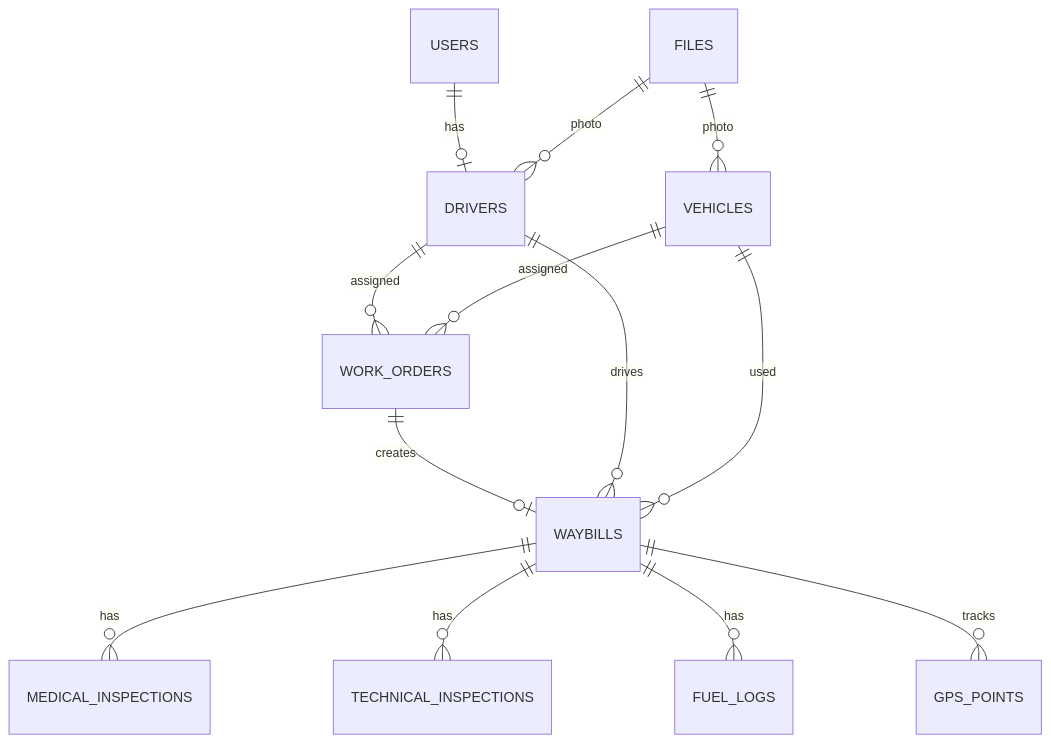
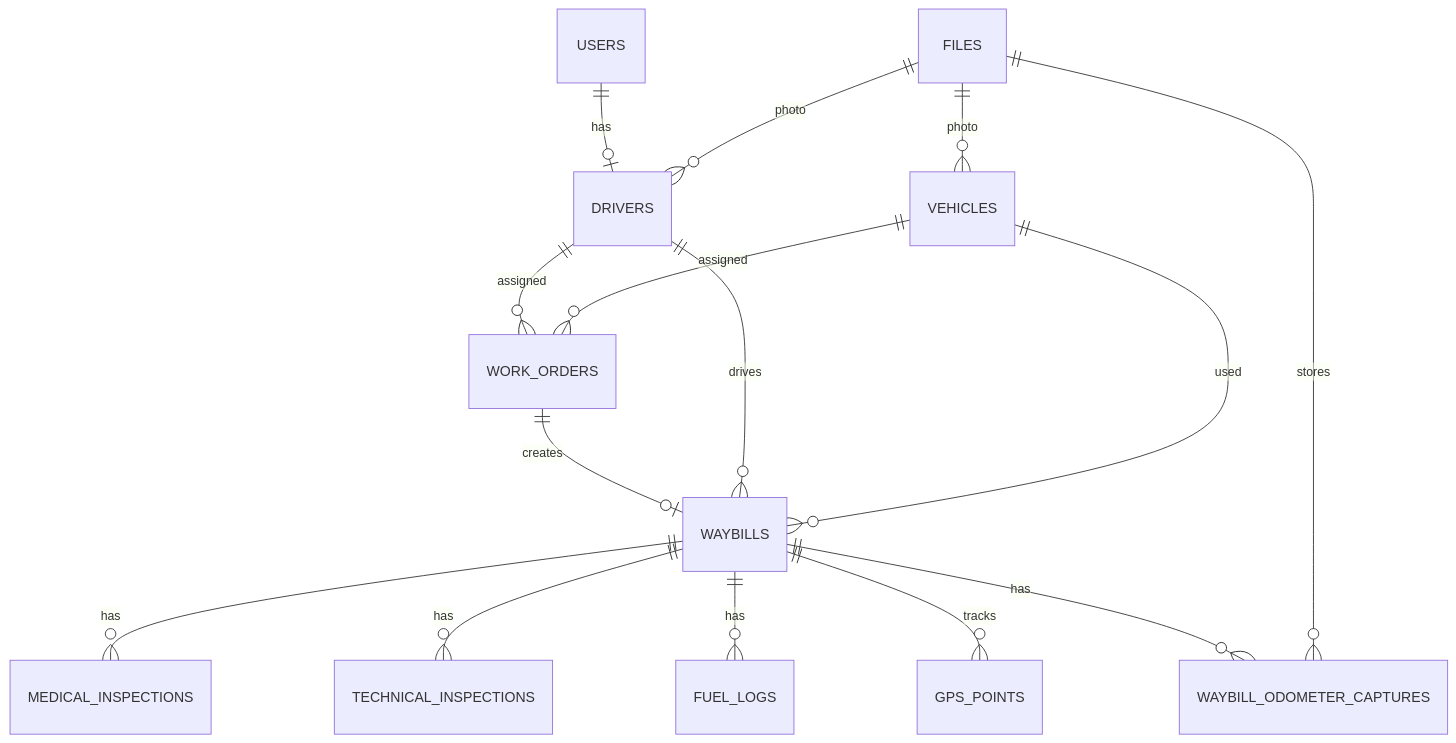
The diagram in docs/database.md (Ilsaf-Zag/vkr), drawn with Mermaid before and after one commit. The commit also changed other lines of this file and 54 other files, not shown here.

````diff
--- a/docs/database.md
+++ b/docs/database.md
@@ -24,15 +25,17 @@
 ```mermaid
 erDiagram
     USERS ||--o| DRIVERS : has
     DRIVERS ||--o{ WORK_ORDERS : assigned
     VEHICLES ||--o{ WORK_ORDERS : assigned
     WORK_ORDERS ||--o| WAYBILLS : creates
     DRIVERS ||--o{ WAYBILLS : drives
     VEHICLES ||--o{ WAYBILLS : used
     WAYBILLS ||--o{ MEDICAL_INSPECTIONS : has
     WAYBILLS ||--o{ TECHNICAL_INSPECTIONS : has
     WAYBILLS ||--o{ FUEL_LOGS : has
     WAYBILLS ||--o{ GPS_POINTS : tracks
+    WAYBILLS ||--o{ WAYBILL_ODOMETER_CAPTURES : has
+    FILES ||--o{ WAYBILL_ODOMETER_CAPTURES : stores
     FILES ||--o{ DRIVERS : photo
     FILES ||--o{ VEHICLES : photo
 ```
````
